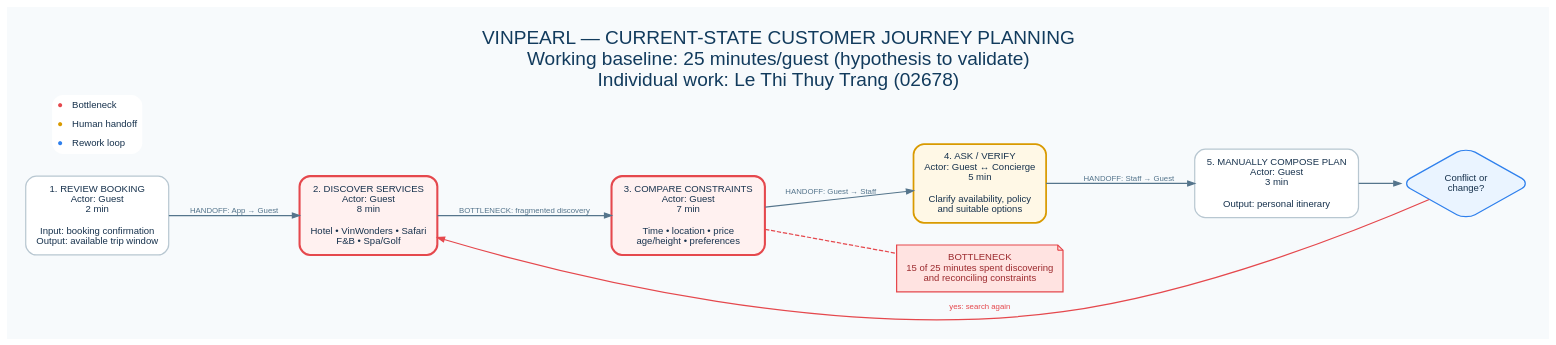
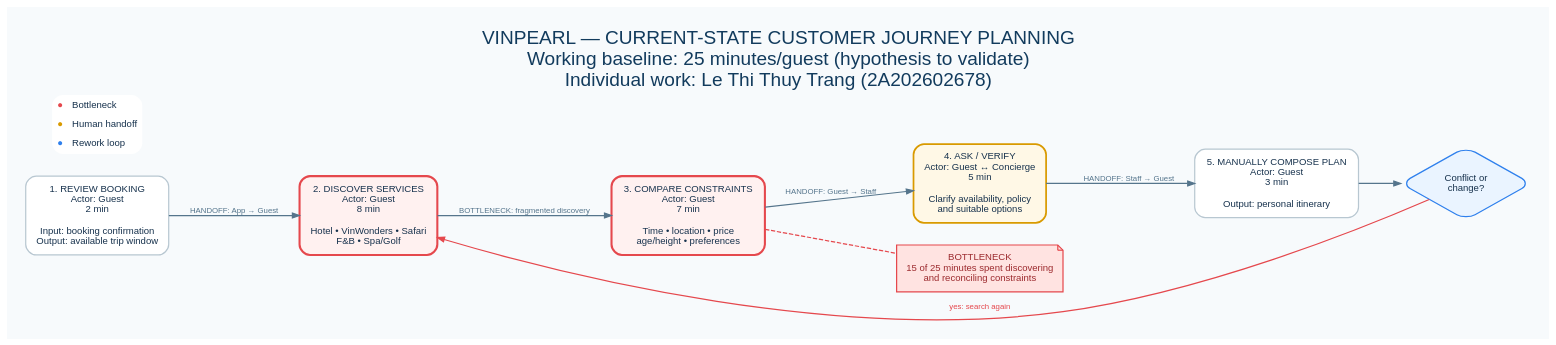
One commit to Yuhnguyn/VinUni_Codelab_Day2 changed the diagram in 04-workflow-diagram.dot. Above: the diagram before and after it, drawn with Graphviz. The commit also changed 6 other files, not shown here.

```diff
--- a/04-workflow-diagram.dot
+++ b/04-workflow-diagram.dot
@@ -1,45 +1,45 @@
 digraph CurrentState {
   graph [
     rankdir=LR,
     bgcolor="#F7FAFC",
     pad="0.3",
     nodesep="0.35",
     ranksep="0.65",
     fontname="Arial",
-    label="VINPEARL — CURRENT-STATE CUSTOMER JOURNEY PLANNING\nWorking baseline: 25 minutes/guest (hypothesis to validate)\nIndividual work: Le Thi Thuy Trang (02678)",
+    label="VINPEARL — CURRENT-STATE CUSTOMER JOURNEY PLANNING\nWorking baseline: 25 minutes/guest (hypothesis to validate)\nIndividual work: Le Thi Thuy Trang (2A202602678)",
     labelloc=t,
     fontsize=22,
     fontcolor="#123B5D"
   ];
   node [
     shape=box,
     style="rounded,filled",
     fontname="Arial",
     fontsize=11,
     color="#B8C7D1",
     fillcolor="#FFFFFF",
     fontcolor="#17324D",
     margin="0.18,0.12",
     penwidth=1.4
   ];
   edge [fontname="Arial", fontsize=9, color="#55758C", fontcolor="#55758C", penwidth=1.4, arrowsize=0.8];
 
   booking [label="1. REVIEW BOOKING\nActor: Guest\n2 min\n\nInput: booking confirmation\nOutput: available trip window"];
   discover [label="2. DISCOVER SERVICES\nActor: Guest\n8 min\n\nHotel • VinWonders • Safari\nF&B • Spa/Golf", fillcolor="#FFF1F0", color="#E5484D", penwidth=2.4];
   compare [label="3. COMPARE CONSTRAINTS\nActor: Guest\n7 min\n\nTime • location • price\nage/height • preferences", fillcolor="#FFF1F0", color="#E5484D", penwidth=2.4];
   concierge [label="4. ASK / VERIFY\nActor: Guest ↔ Concierge\n5 min\n\nClarify availability, policy\nand suitable options", fillcolor="#FFF8E6", color="#D99A00", penwidth=2.0];
   compose [label="5. MANUALLY COMPOSE PLAN\nActor: Guest\n3 min\n\nOutput: personal itinerary"];
   change [shape=diamond, label="Conflict or\nchange?", fillcolor="#EAF4FF", color="#2F80ED"];
 
   booking -> discover [label="HANDOFF: App → Guest"];
   discover -> compare [label="BOTTLENECK: fragmented discovery"];
   compare -> concierge [label="HANDOFF: Guest → Staff"];
   concierge -> compose [label="HANDOFF: Staff → Guest"];
   compose -> change;
   change -> discover [label="yes: search again", color="#E5484D", fontcolor="#E5484D", constraint=false];
 
   bottleneck [shape=note, label="BOTTLENECK\n15 of 25 minutes spent discovering\nand reconciling constraints", fillcolor="#FFE3E1", color="#E5484D", fontcolor="#9C2A2E"];
   compare -> bottleneck [style=dashed, arrowhead=none, color="#E5484D"];
 
   legend [shape=plain, label=<<TABLE BORDER="0" CELLBORDER="0" CELLPADDING="4"><TR><TD><FONT COLOR="#E5484D">●</FONT></TD><TD ALIGN="LEFT">Bottleneck</TD></TR><TR><TD><FONT COLOR="#D99A00">●</FONT></TD><TD ALIGN="LEFT">Human handoff</TD></TR><TR><TD><FONT COLOR="#2F80ED">●</FONT></TD><TD ALIGN="LEFT">Rework loop</TD></TR></TABLE>>];
 }
```
